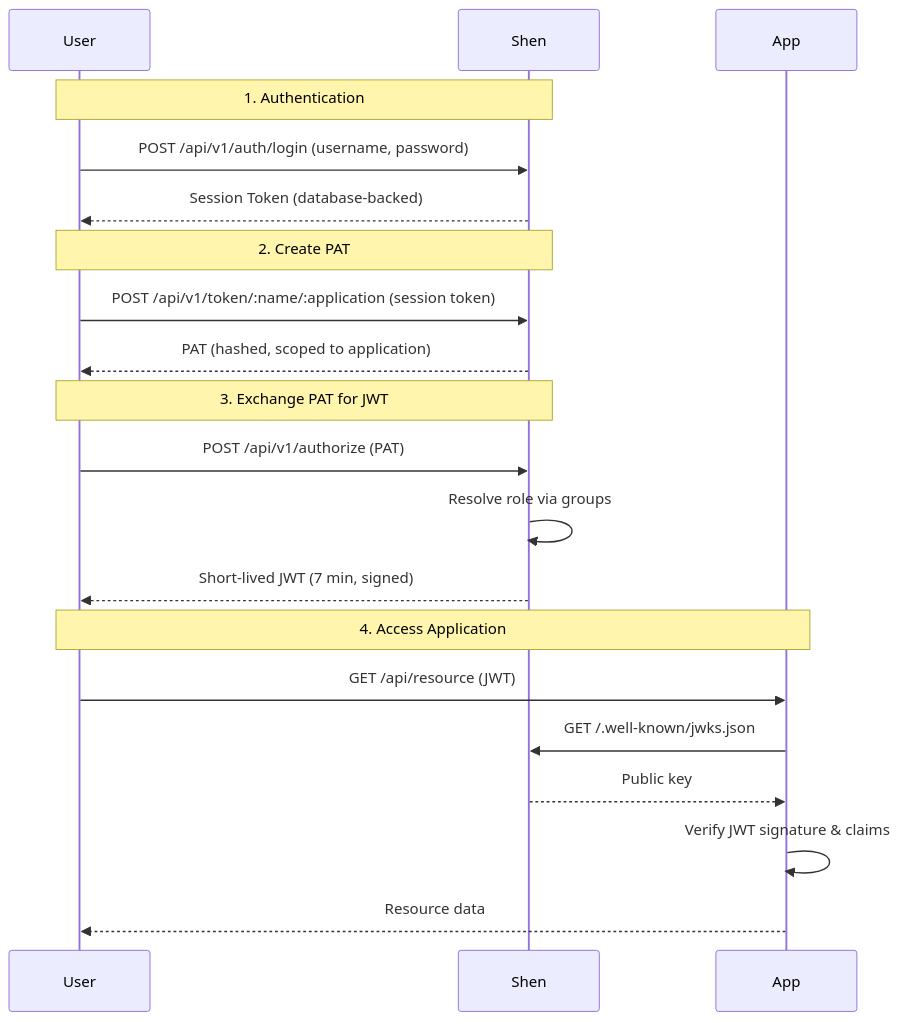
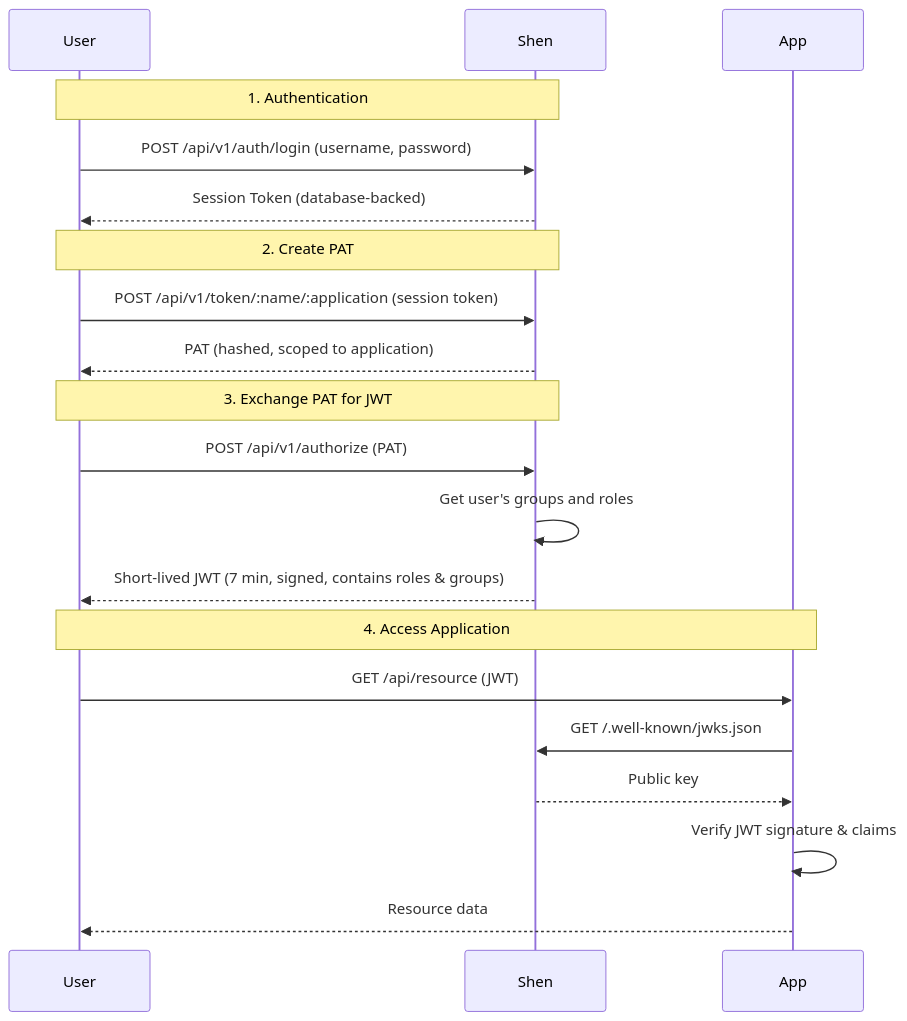
Before and after one commit to elmq0022/shen: the diagram in DESIGN.md, drawn with Mermaid.

Commit message:
update auth flow doc

````diff
--- a/DESIGN.md
+++ b/DESIGN.md
@@ -104,26 +104,26 @@
 ```mermaid
 sequenceDiagram
     participant User
     participant Shen
     participant App
 
     Note over User,Shen: 1. Authentication
     User->>Shen: POST /api/v1/auth/login (username, password)
     Shen-->>User: Session Token (database-backed)
 
     Note over User,Shen: 2. Create PAT
     User->>Shen: POST /api/v1/token/:name/:application (session token)
     Shen-->>User: PAT (hashed, scoped to application)
 
     Note over User,Shen: 3. Exchange PAT for JWT
     User->>Shen: POST /api/v1/authorize (PAT)
-    Shen->>Shen: Resolve role via groups
-    Shen-->>User: Short-lived JWT (7 min, signed)
+    Shen->>Shen: Get user's groups and roles
+    Shen-->>User: Short-lived JWT (7 min, signed, contains roles & groups)
 
     Note over User,App: 4. Access Application
     User->>App: GET /api/resource (JWT)
     App->>Shen: GET /.well-known/jwks.json
     Shen-->>App: Public key
     App->>App: Verify JWT signature & claims
     App-->>User: Resource data
 ```
````
